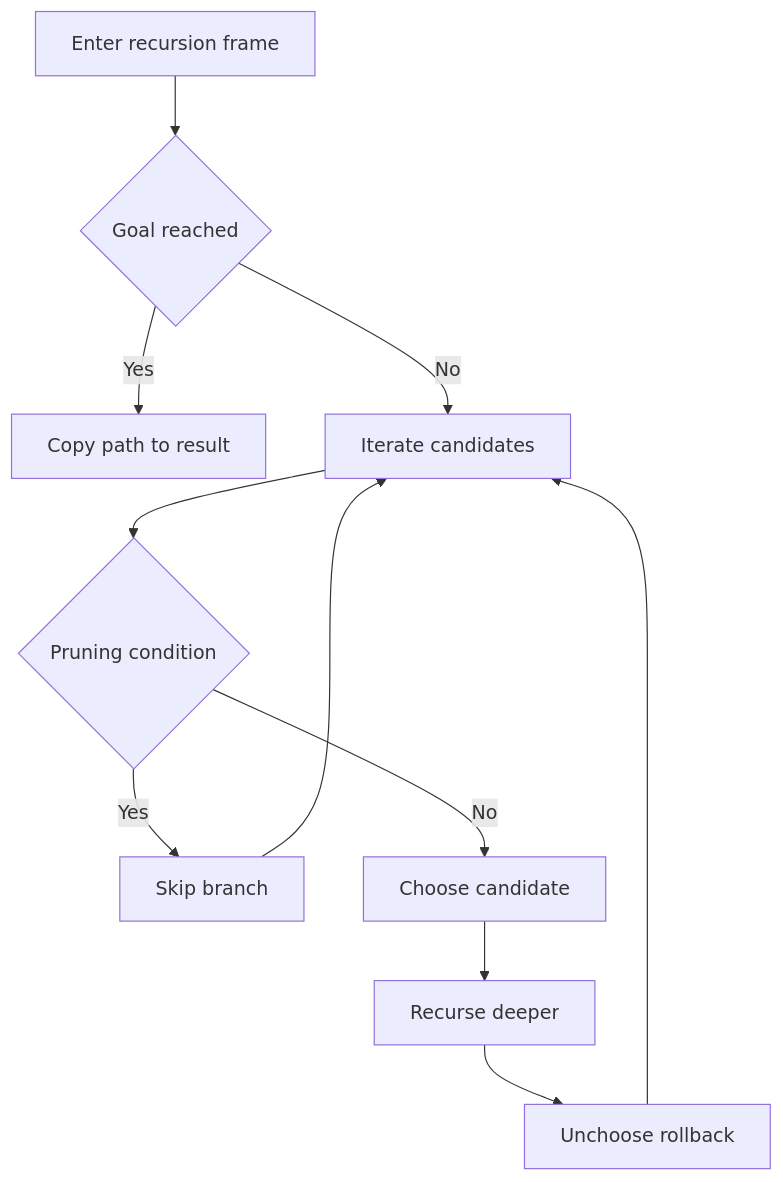
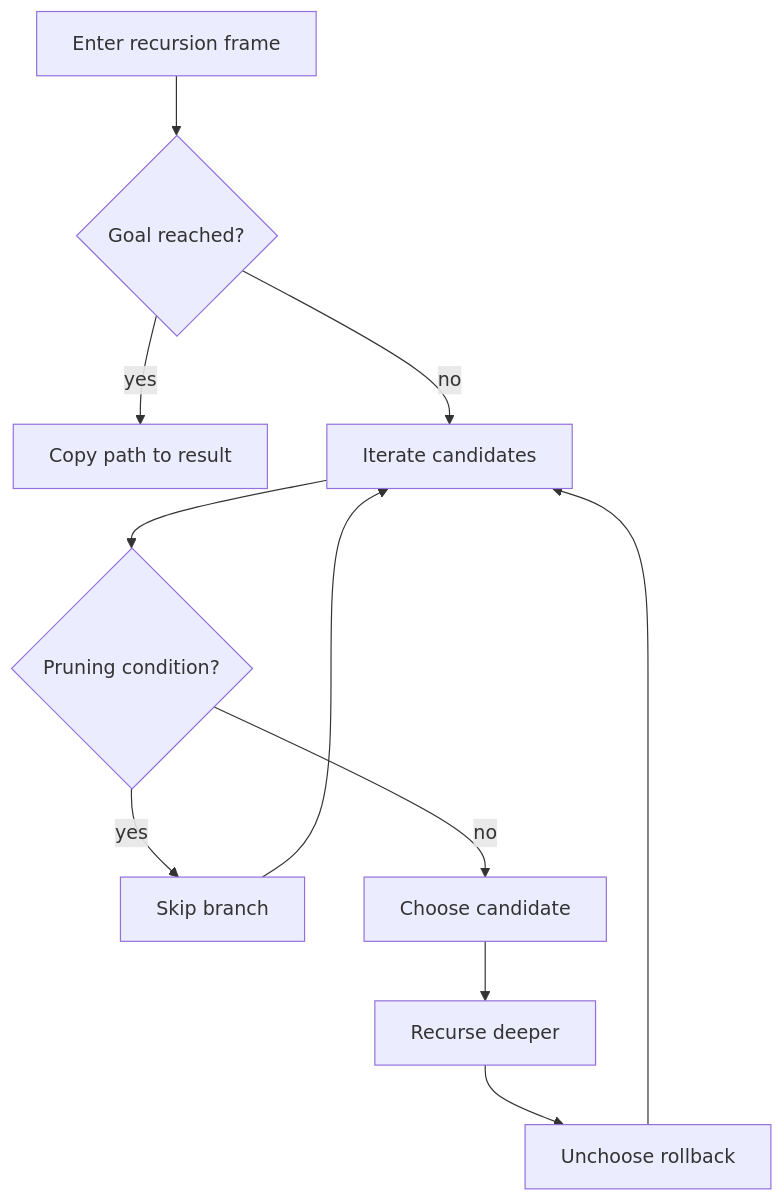
Before and after one commit to choisimo/document: the diagram in content/docs/algorithms/algorithm-architect/09-backtracking/01-backtracking.md, drawn with Mermaid. The commit also changed other lines of this file and 432 other files, not shown here.

````diff
--- a/content/docs/algorithms/algorithm-architect/09-backtracking/01-backtracking.md
+++ b/content/docs/algorithms/algorithm-architect/09-backtracking/01-backtracking.md
@@ -12,13 +73,13 @@
 ```mermaid
 flowchart TD
-    A[Enter recursion frame] --> B{Goal reached}
-    B -- Yes --> C[Copy path to result]
-    B -- No --> D[Iterate candidates]
-    D --> E{Pruning condition}
-    E -- Yes --> F[Skip branch]
-    E -- No --> G[Choose candidate]
+    A[Enter recursion frame] --> B{Goal reached?}
+    B -- yes --> C[Copy path to result]
+    B -- no --> D[Iterate candidates]
+    D --> E{Pruning condition?}
+    E -- yes --> F[Skip branch]
+    E -- no --> G[Choose candidate]
     G --> H[Recurse deeper]
     H --> I[Unchoose rollback]
     I --> D
     F --> D
 ```
````
